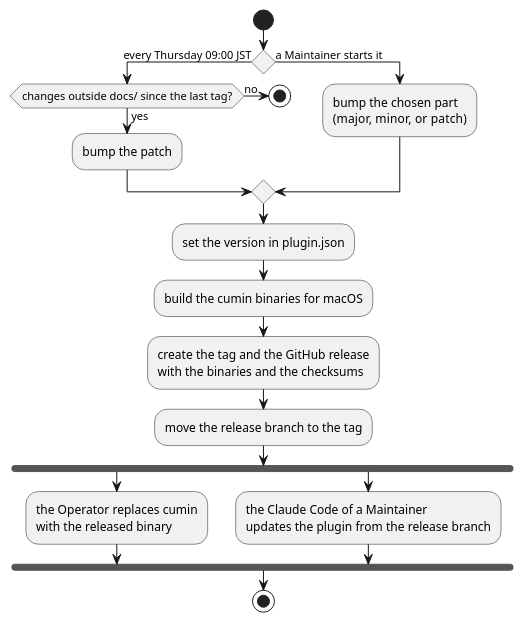
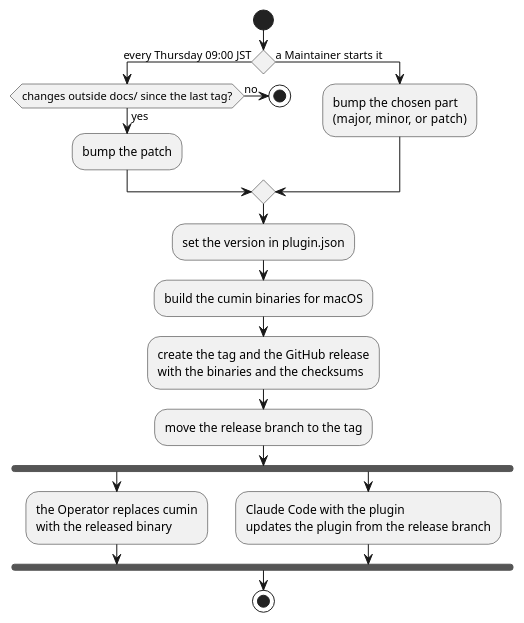
One commit to cloveclovedev/cumin-works changed the diagram in docs/ja/requirements/release/overview.puml. Above: the diagram before and after it, drawn with PlantUML. The commit also changed 7 other files, not shown here.

First line of the commit message:
docs(requirements): call the Claude Code that a person uses with the plugin just Claude Code

```diff
--- a/docs/ja/requirements/release/overview.puml
+++ b/docs/ja/requirements/release/overview.puml
@@ -1,26 +1,26 @@
 @startuml overview
 ' cumin-works - how a release is made and who takes it.
 ' Render: run scripts/render-diagrams.sh at the root of the repository.
 
 start
 if () then (every Thursday 09:00 JST)
   if (changes outside docs/ since the last tag?) then (yes)
     :bump the patch;
   else (no)
     stop
   endif
 else (a Maintainer starts it)
   :bump the chosen part\n(major, minor, or patch);
 endif
 :set the version in plugin.json;
 :build the cumin binaries for macOS;
 :create the tag and the GitHub release\nwith the binaries and the checksums;
 :move the release branch to the tag;
 fork
   :the Operator replaces cumin\nwith the released binary;
 fork again
-  :the Claude Code of a Maintainer\nupdates the plugin from the release branch;
+  :Claude Code with the plugin\nupdates the plugin from the release branch;
 end fork
 stop
 
 @enduml
```
